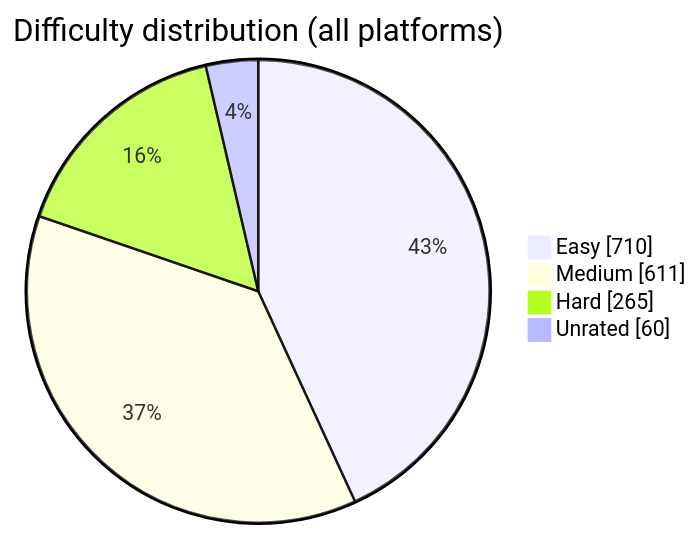
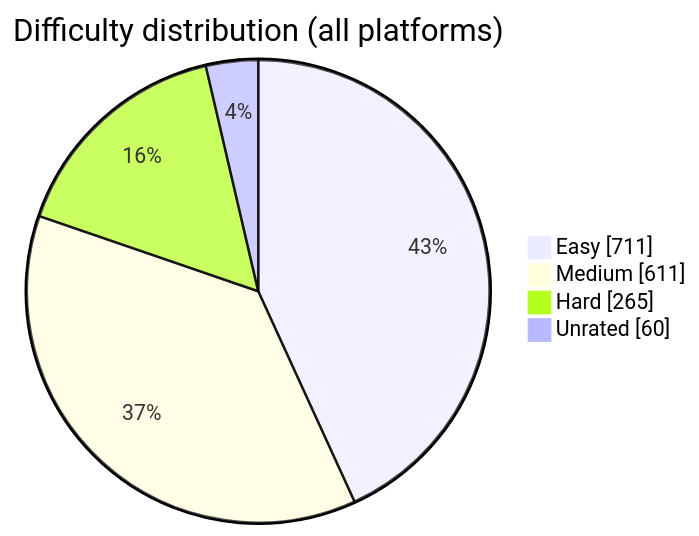
Before and after one commit to BuildbyArindam/Daily-Coding-Log: the diagram in README.md, drawn with Mermaid. The commit also changed other lines of this file, not shown here.

````diff
--- a/README.md
+++ b/README.md
@@ -93,7 +93,7 @@
 ```mermaid
 pie showData title Difficulty distribution (all platforms)
-    "Easy" : 710
+    "Easy" : 711
     "Medium" : 611
     "Hard" : 265
     "Unrated" : 60
 ```
````
